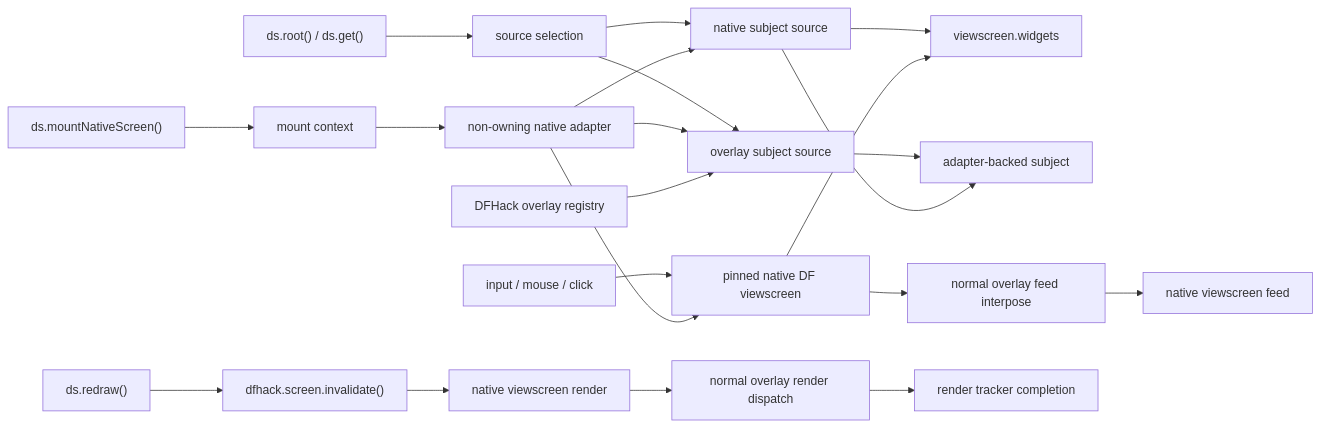
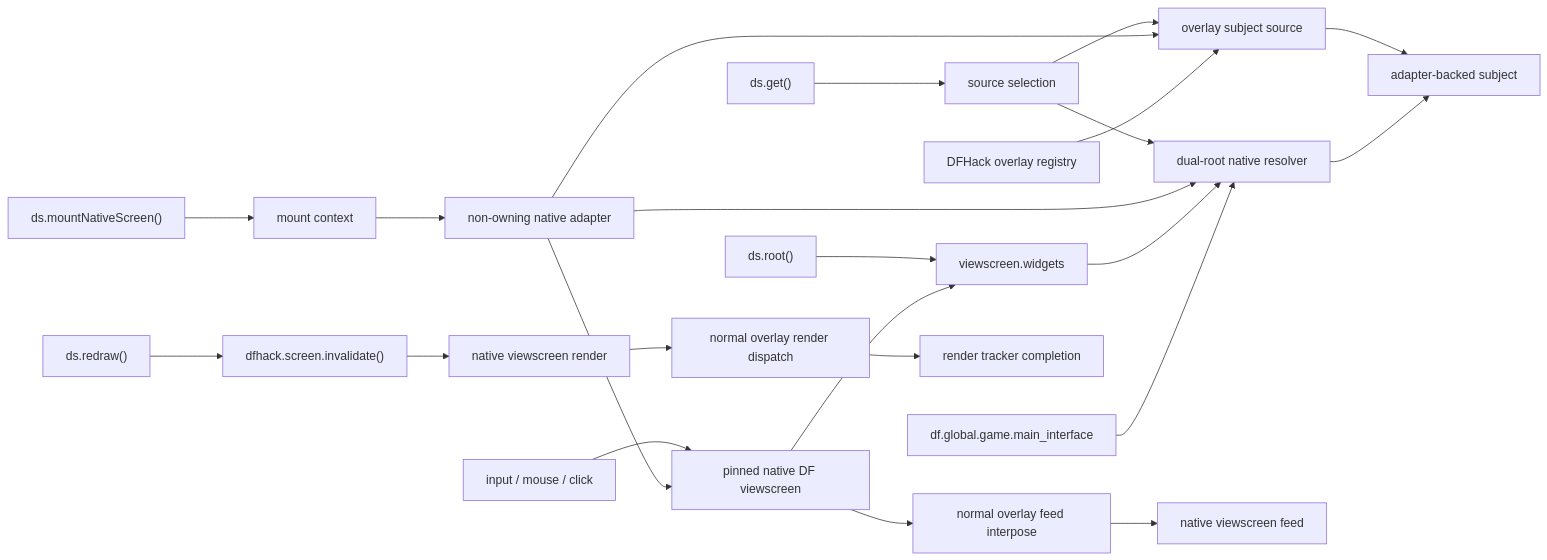
Before and after one commit to dsisco11/DwarfSpec: the diagram in docs/non-owning-native-screen-mount-proposal.md, drawn with Mermaid. The commit also changed other lines of this file and 5 other files, not shown here.

````diff
--- a/docs/non-owning-native-screen-mount-proposal.md
+++ b/docs/non-owning-native-screen-mount-proposal.md
@@ -252,28 +300,30 @@
 ```mermaid
 flowchart LR
     Mount["ds.mountNativeScreen()"] --> Context["mount context"]
     Context --> Adapter["non-owning native adapter"]
 
     Adapter --> Screen["pinned native DF viewscreen"]
     Screen --> NativeRoot["viewscreen.widgets"]
-    Adapter --> NativeSource["native subject source"]
-    NativeSource --> NativeRoot
+    Game["df.global.game.main_interface"] --> NativeResolver["dual-root native resolver"]
+    NativeRoot --> NativeResolver
+    Adapter --> NativeResolver
 
     Registry["DFHack overlay registry"] --> OverlaySource["overlay subject source"]
     Adapter --> OverlaySource
 
-    Get["ds.root() / ds.get()"] --> Selector["source selection"]
-    Selector --> NativeSource
+    Root["ds.root()"] --> NativeRoot
+    Get["ds.get()"] --> Selector["source selection"]
+    Selector --> NativeResolver
     Selector --> OverlaySource
-    NativeSource --> Subject["adapter-backed subject"]
+    NativeResolver --> Subject["adapter-backed subject"]
     OverlaySource --> Subject
 
     Input["input / mouse / click"] --> Screen
     Screen --> OverlayFeed["normal overlay feed interpose"]
     OverlayFeed --> NativeFeed["native viewscreen feed"]
 
     Redraw["ds.redraw()"] --> Invalidate["dfhack.screen.invalidate()"]
     Invalidate --> NativeRender["native viewscreen render"]
     NativeRender --> OverlayRender["normal overlay render dispatch"]
     OverlayRender --> Tracker["render tracker completion"]
 ```
````
